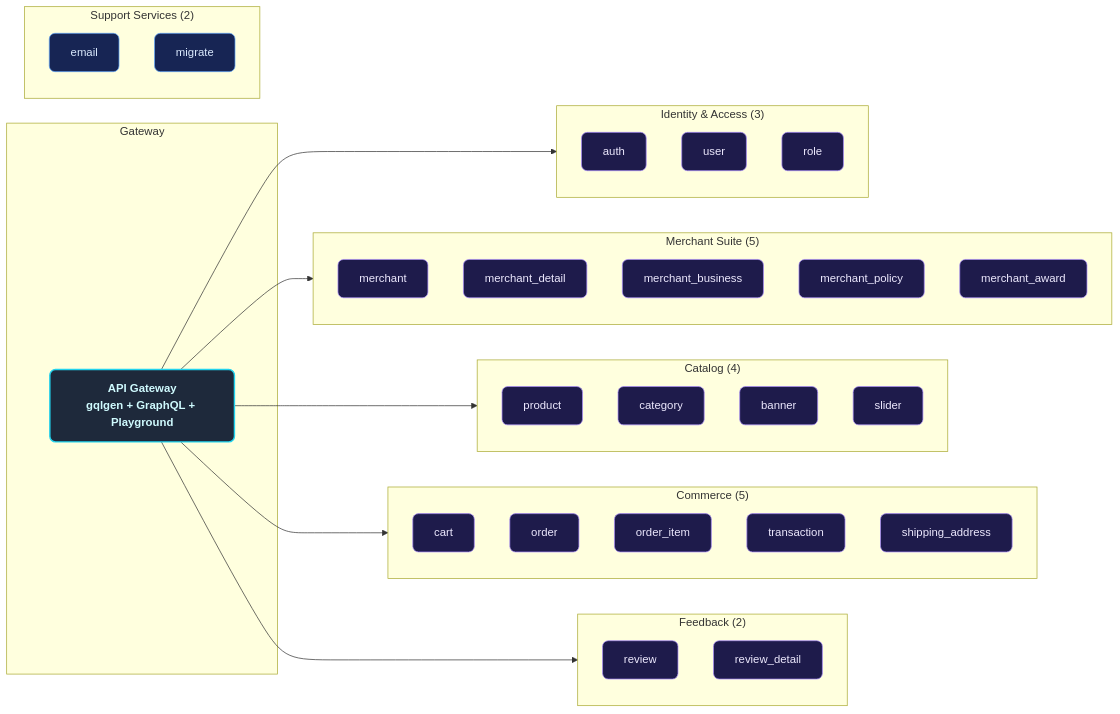
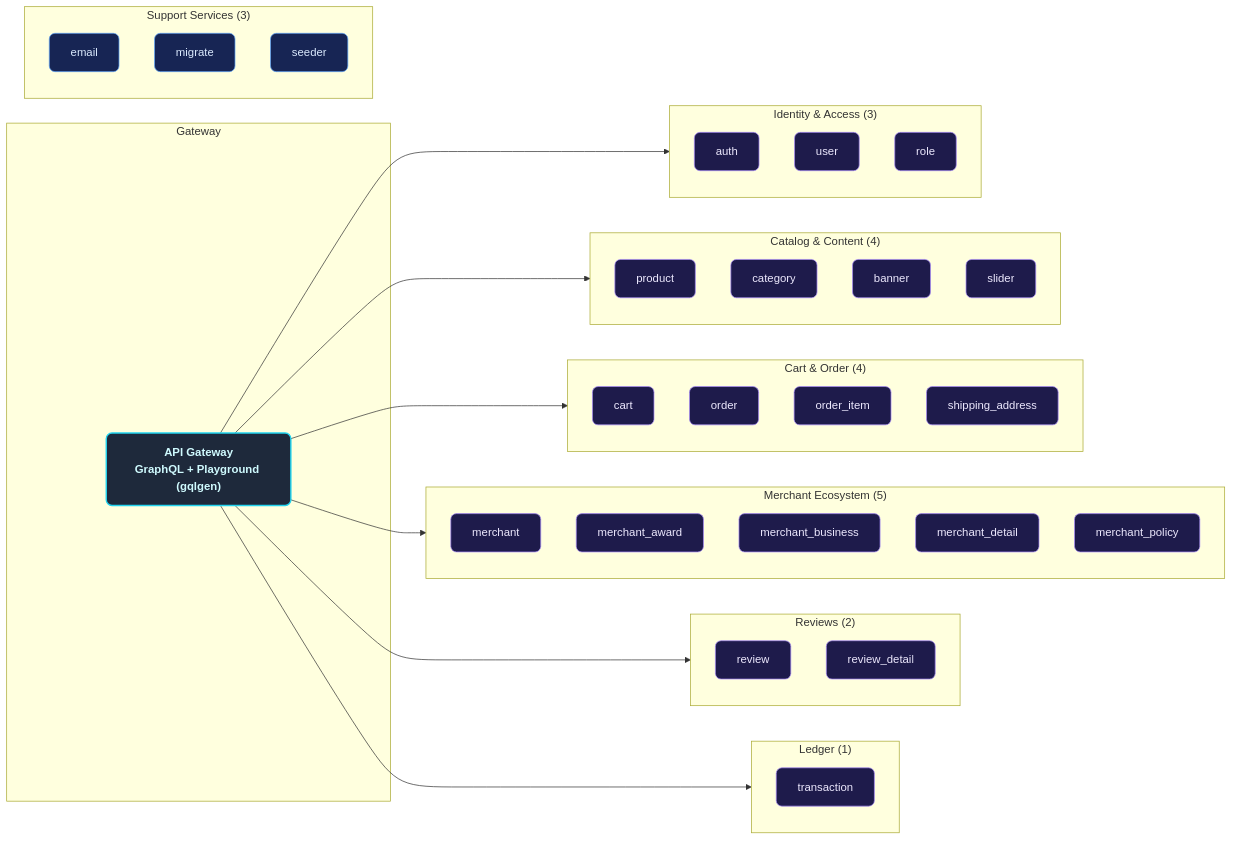
One commit to MamangRust/monolith-graphql-ecommerce-grpc changed the second of 9 diagrams in README.md. Above: the diagram before and after it, drawn with Mermaid. The commit also changed other lines of this file and 2039 other files, not shown here.

````diff
--- a/README.md
+++ b/README.md
@@ -149,55 +152,60 @@
 ```mermaid
 graph LR
     classDef svc fill:#1e1b4b,stroke:#a78bfa,color:#ede9fe,stroke-width:1px,rx:8
     classDef gw fill:#1e293b,stroke:#22d3ee,color:#cffafe,stroke-width:2px,rx:8,font-weight:bold
     classDef support fill:#172554,stroke:#60a5fa,color:#dbeafe,stroke-width:1px,rx:8
 
     subgraph Gateway
-        API["API Gateway<br/>gqlgen + GraphQL + Playground"]:::gw
+        API["API Gateway<br/>GraphQL + Playground (gqlgen)"]:::gw
     end
 
     subgraph Identity["Identity & Access (3)"]
         A1["auth"]:::svc
         A2["user"]:::svc
         A3["role"]:::svc
     end
 
-    subgraph Merchant["Merchant Suite (5)"]
-        M1["merchant"]:::svc
-        M2["merchant_detail"]:::svc
-        M3["merchant_business"]:::svc
-        M4["merchant_policy"]:::svc
-        M5["merchant_award"]:::svc
-    end
-
-    subgraph Catalog["Catalog (4)"]
+    subgraph Catalog["Catalog & Content (4)"]
         C1["product"]:::svc
         C2["category"]:::svc
         C3["banner"]:::svc
         C4["slider"]:::svc
     end
 
-    subgraph Commerce["Commerce (5)"]
+    subgraph CartOrder["Cart & Order (4)"]
         O1["cart"]:::svc
         O2["order"]:::svc
         O3["order_item"]:::svc
-        O4["transaction"]:::svc
-        O5["shipping_address"]:::svc
+        O4["shipping_address"]:::svc
     end
 
-    subgraph Feedback["Feedback (2)"]
+    subgraph Merchant["Merchant Ecosystem (5)"]
+        M1["merchant"]:::svc
+        M2["merchant_award"]:::svc
+        M3["merchant_business"]:::svc
+        M4["merchant_detail"]:::svc
+        M5["merchant_policy"]:::svc
+    end
+
+    subgraph Social["Reviews (2)"]
         R1["review"]:::svc
         R2["review_detail"]:::svc
     end
 
-    subgraph Support["Support Services (2)"]
+    subgraph Ledger["Ledger (1)"]
+        L1["transaction"]:::svc
+    end
+
+    subgraph Support["Support Services (3)"]
         S1["email"]:::support
         S2["migrate"]:::support
+        S3["seeder"]:::support
     end
 
     API --> Identity
+    API --> Catalog
+    API --> CartOrder
     API --> Merchant
-    API --> Catalog
-    API --> Commerce
-    API --> Feedback
+    API --> Social
+    API --> Ledger
 ```
````
